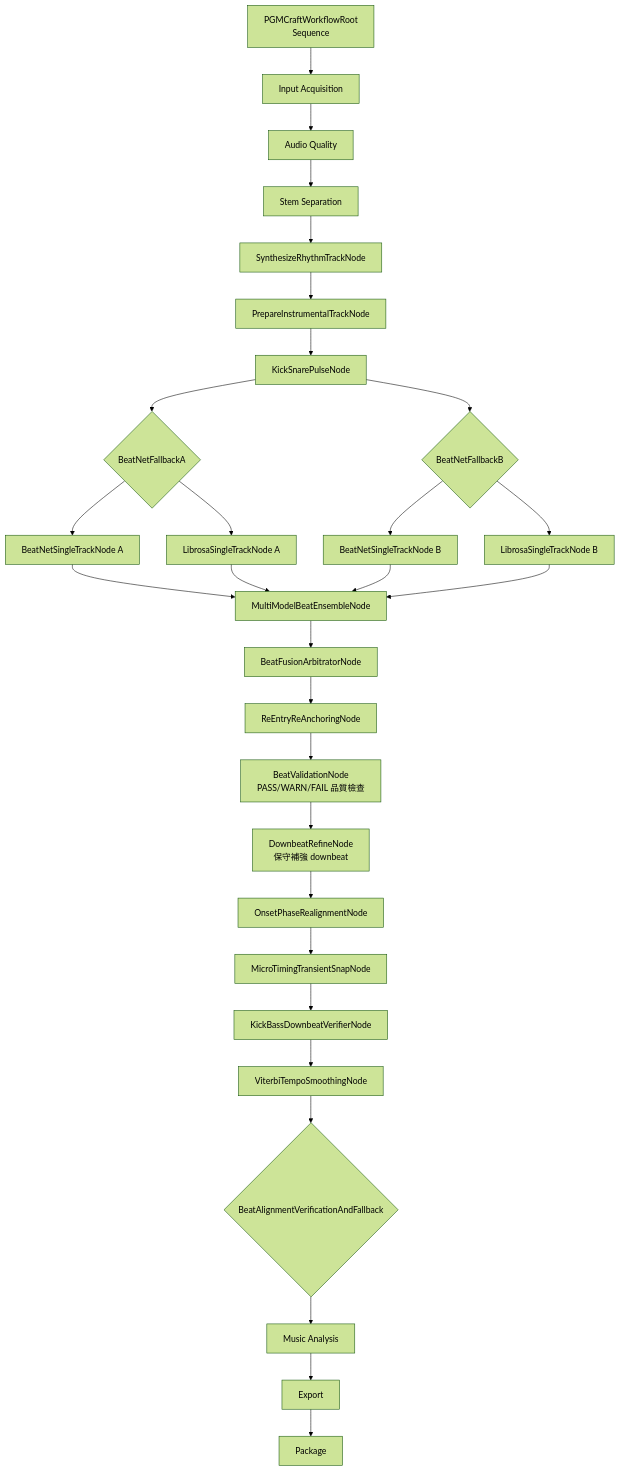
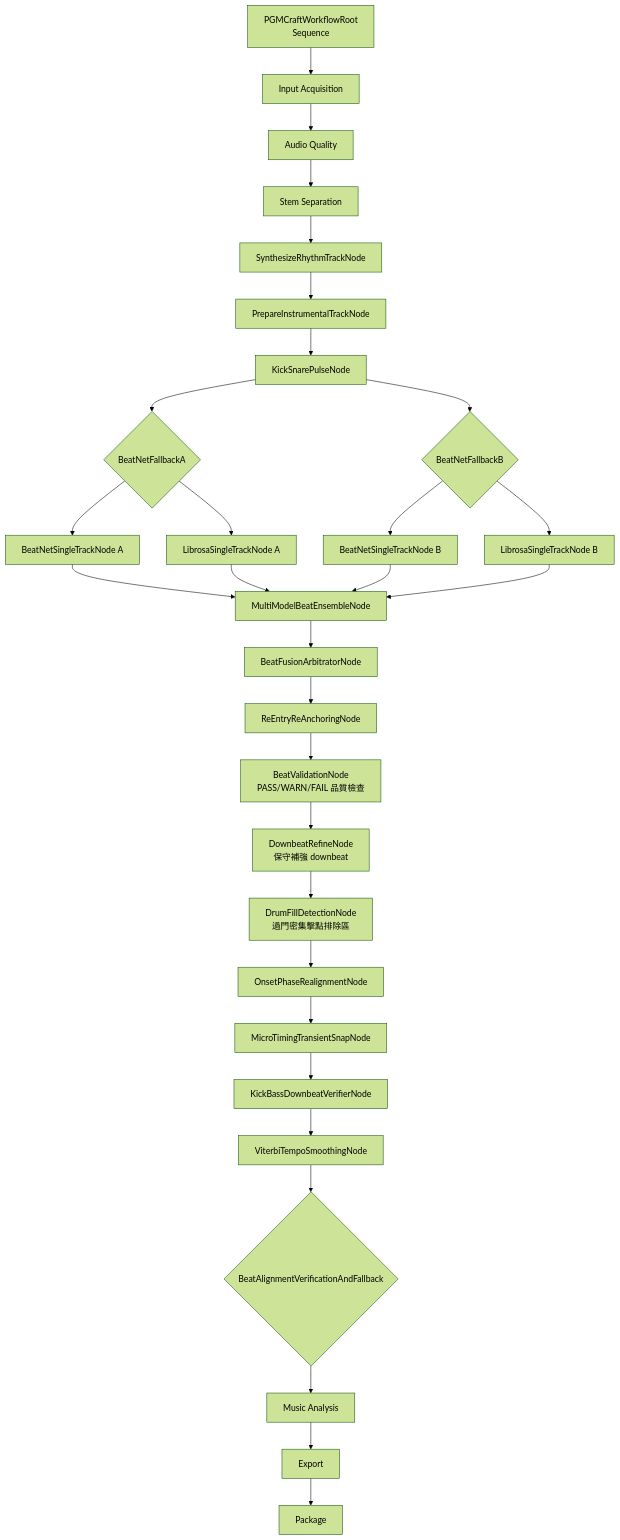
Before and after one commit to Chester930/pgmcraft-studio: the first of 2 diagrams in docs/BEHAVIOR-TREE.md, drawn with Mermaid (forest theme). The commit also changed other lines of this file and 31 other files, not shown here.

````diff
--- a/docs/BEHAVIOR-TREE.md
+++ b/docs/BEHAVIOR-TREE.md
@@ -127,44 +165,45 @@
 ```mermaid
 flowchart TD
     Root["PGMCraftWorkflowRoot<br/>Sequence"]
     Input["Input Acquisition"]
     Quality["Audio Quality"]
     Stem["Stem Separation"]
     RhythmPrep["SynthesizeRhythmTrackNode"]
     InstPrep["PrepareInstrumentalTrackNode"]
     Pulse["KickSnarePulseNode"]
     TrackA{"BeatNetFallbackA"}
     TrackB{"BeatNetFallbackB"}
     BeatNetA["BeatNetSingleTrackNode A"]
     LibrosaA["LibrosaSingleTrackNode A"]
     BeatNetB["BeatNetSingleTrackNode B"]
     LibrosaB["LibrosaSingleTrackNode B"]
     Ensemble["MultiModelBeatEnsembleNode"]
     Fusion["BeatFusionArbitratorNode"]
     ReEntry["ReEntryReAnchoringNode"]
     BeatCheck["BeatValidationNode<br/>PASS/WARN/FAIL 品質檢查"]
     DownbeatRefine["DownbeatRefineNode<br/>保守補強 downbeat"]
+    FillGuard["DrumFillDetectionNode<br/>過門密集擊點排除區"]
     Phase["OnsetPhaseRealignmentNode"]
     Snap["MicroTimingTransientSnapNode"]
     LowFreq["KickBassDownbeatVerifierNode"]
     Smooth["ViterbiTempoSmoothingNode"]
     Align{"BeatAlignmentVerificationAndFallback"}
     Music["Music Analysis"]
     Export["Export"]
     Package["Package"]
 
     Root --> Input --> Quality --> Stem --> RhythmPrep --> InstPrep --> Pulse
     Pulse --> TrackA
     Pulse --> TrackB
     TrackA --> BeatNetA
     TrackA --> LibrosaA
     TrackB --> BeatNetB
     TrackB --> LibrosaB
     BeatNetA --> Ensemble
     LibrosaA --> Ensemble
     BeatNetB --> Ensemble
     LibrosaB --> Ensemble
     Ensemble --> Fusion --> ReEntry --> BeatCheck --> DownbeatRefine
-    DownbeatRefine --> Phase --> Snap --> LowFreq --> Smooth --> Align
+    DownbeatRefine --> FillGuard --> Phase --> Snap --> LowFreq --> Smooth --> Align
     Align --> Music --> Export --> Package
 ```
````
